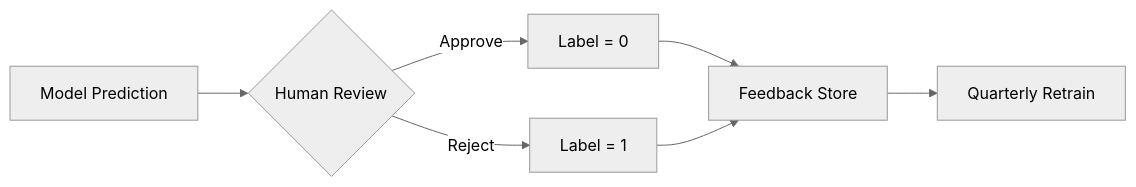
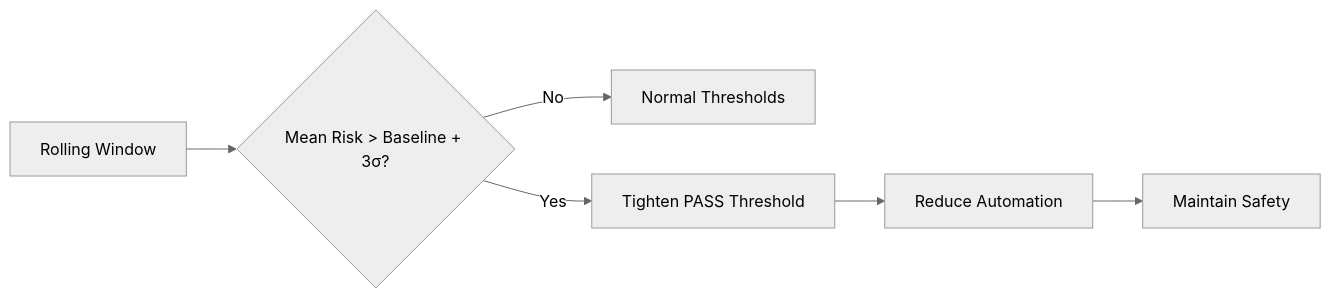
One commit to wilsebbis/failure-aware-ml-system changed the second of 2 diagrams in docs/index.md. Above: the diagram before and after it, drawn with Mermaid (neutral theme). The commit also changed other lines of this file and 12 other files, not shown here.

````diff
--- a/docs/index.md
+++ b/docs/index.md
@@ -179,9 +103,8 @@
 ```mermaid
 flowchart LR
-    A[Model Prediction] --> B{Human Review}
-    B -->|Approve| C[Label = 0]
-    B -->|Reject| D[Label = 1]
-    C --> E[Feedback Store]
-    D --> E
-    E --> F[Quarterly Retrain]
+    A[Rolling Window] --> B{Mean Risk > Baseline + 3σ?}
+    B -->|No| C[Normal Thresholds]
+    B -->|Yes| D[Tighten PASS Threshold]
+    D --> E[Reduce Automation]
+    E --> F[Maintain Safety]
 ```
````
